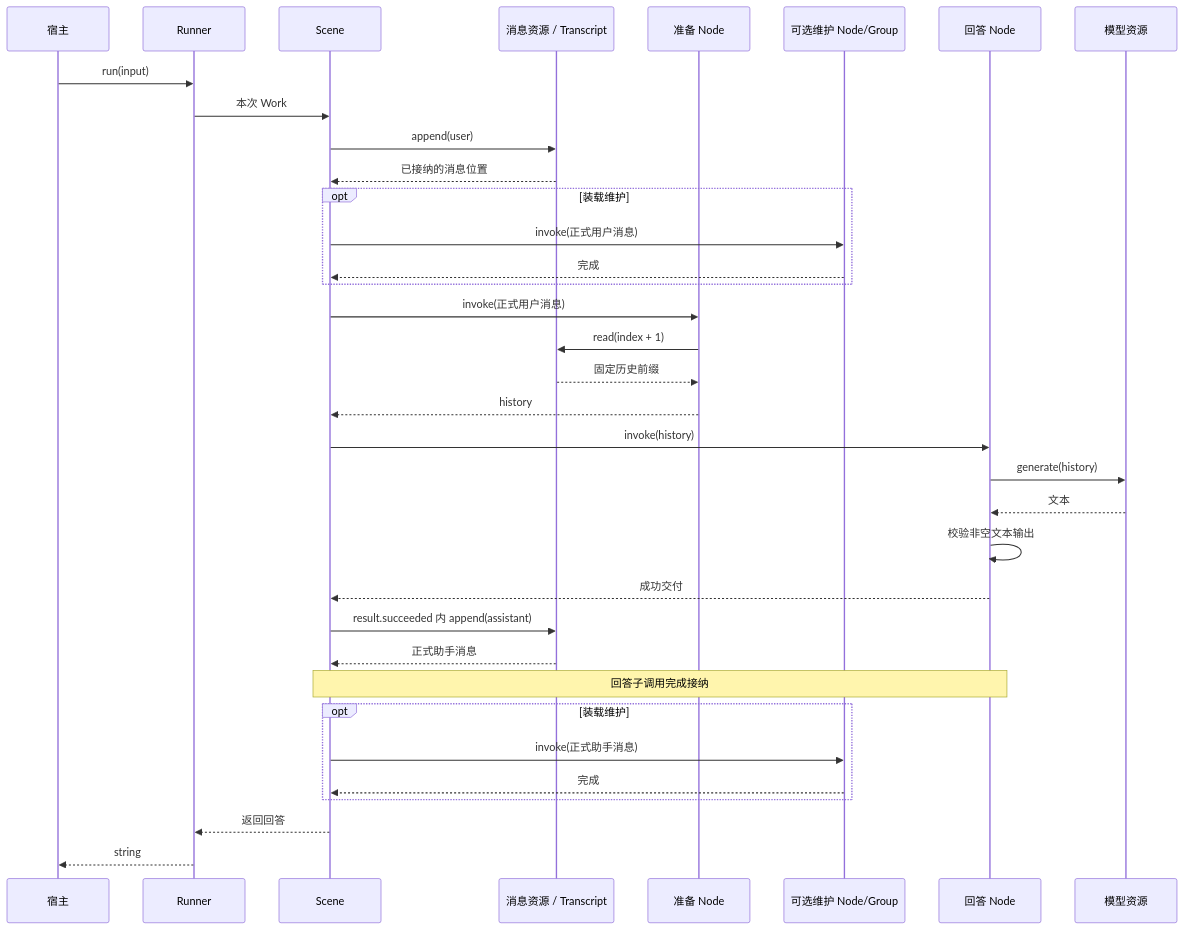
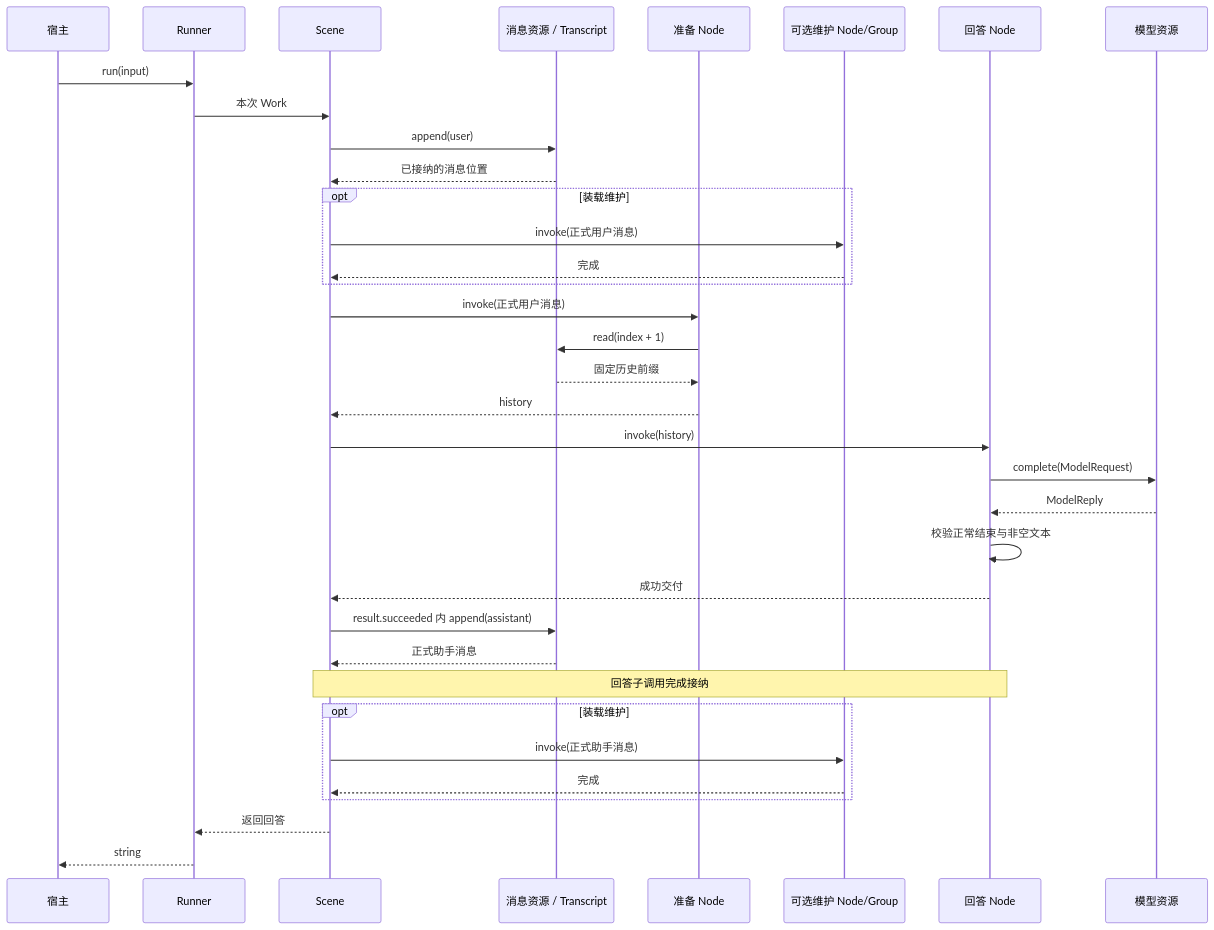
Before and after one commit to weiliang0121/capix: the diagram in services/conversation/README.md, drawn with Mermaid. The commit also changed other lines of this file and 104 other files, not shown here.

````diff
--- a/services/conversation/README.md
+++ b/services/conversation/README.md
@@ -252,37 +337,37 @@
 ```mermaid
 sequenceDiagram
     participant Host as 宿主
     participant Runner
     participant Scene
     participant Messages as 消息资源 / Transcript
     participant Prepare as 准备 Node
     participant Maintain as 可选维护 Node/Group
     participant Answer as 回答 Node
     participant Model as 模型资源
     Host->>Runner: run(input)
     Runner->>Scene: 本次 Work
     Scene->>Messages: append(user)
     Messages-->>Scene: 已接纳的消息位置
     opt 装载维护
         Scene->>Maintain: invoke(正式用户消息)
         Maintain-->>Scene: 完成
     end
     Scene->>Prepare: invoke(正式用户消息)
     Prepare->>Messages: read(index + 1)
     Messages-->>Prepare: 固定历史前缀
     Prepare-->>Scene: history
     Scene->>Answer: invoke(history)
-    Answer->>Model: generate(history)
-    Model-->>Answer: 文本
-    Answer->>Answer: 校验非空文本输出
+    Answer->>Model: complete(ModelRequest)
+    Model-->>Answer: ModelReply
+    Answer->>Answer: 校验正常结束与非空文本
     Answer-->>Scene: 成功交付
     Scene->>Messages: result.succeeded 内 append(assistant)
     Messages-->>Scene: 正式助手消息
     Note over Scene,Answer: 回答子调用完成接纳
     opt 装载维护
         Scene->>Maintain: invoke(正式助手消息)
         Maintain-->>Scene: 完成
     end
     Scene-->>Runner: 返回回答
     Runner-->>Host: string
 ```
````
